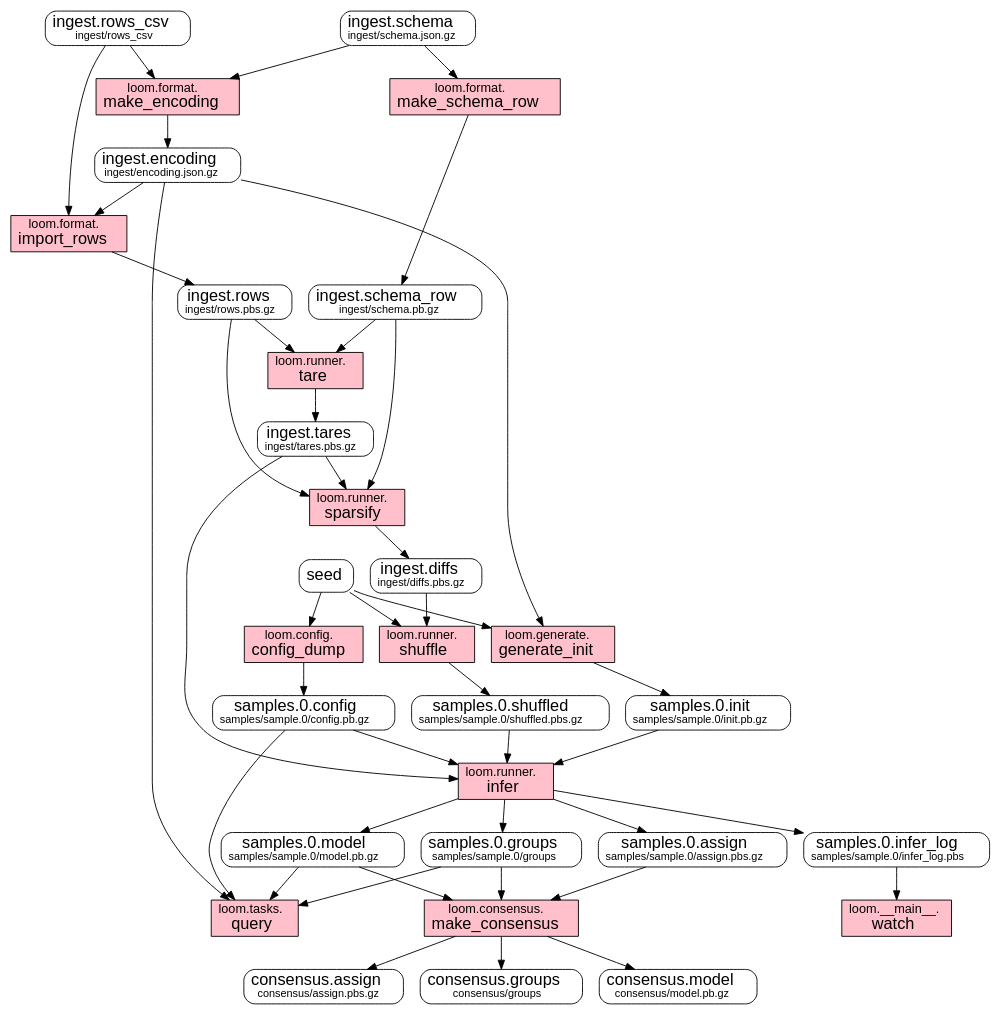
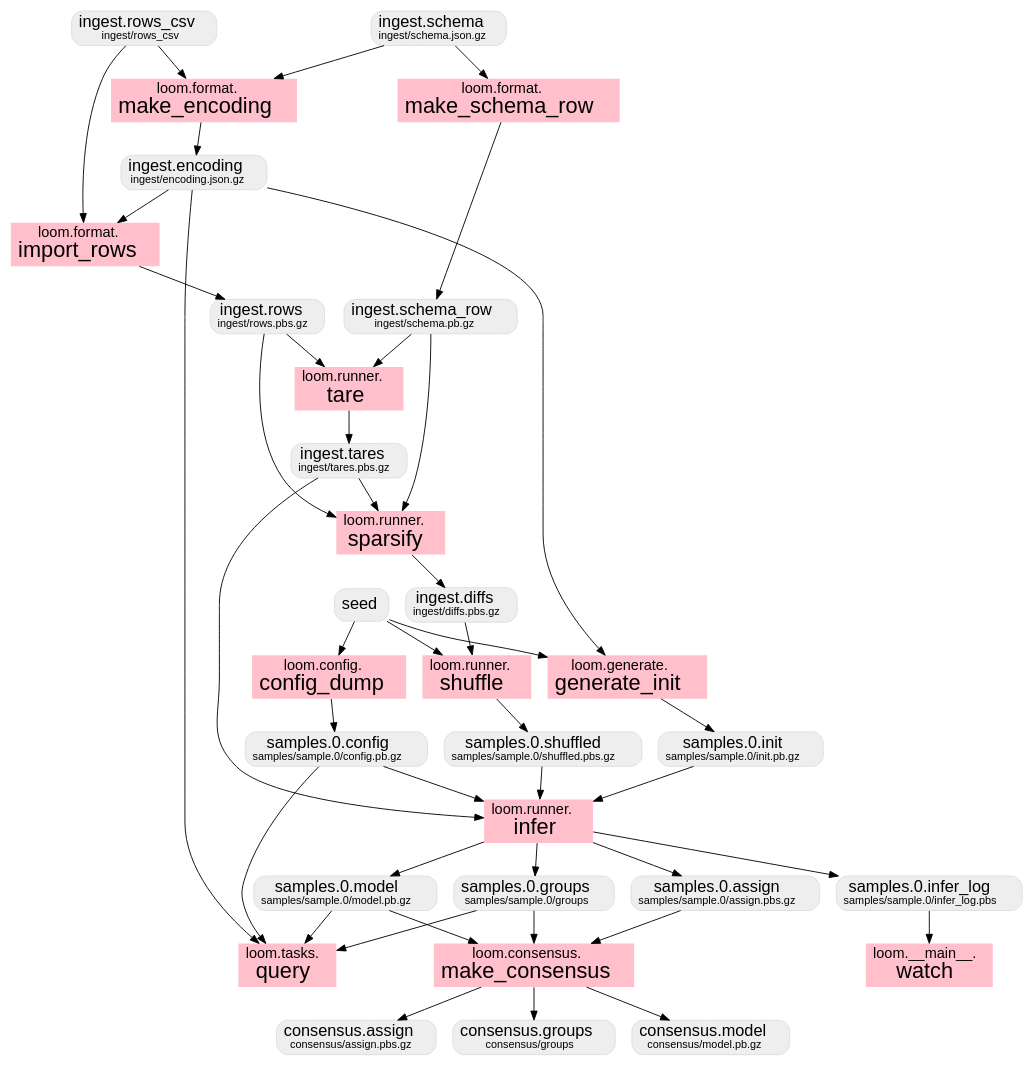
The diagram in doc/dataflow.dot (priorknowledge/loom), drawn with Graphviz before and after one commit. The commit also changed 4 other files, not shown here.

```diff
--- a/doc/dataflow.dot
+++ b/doc/dataflow.dot
@@ -1,92 +1,96 @@
 // this file was generated by loom/documented.py
 digraph G {
   overlap=false;
   graph [fontname = "helvetica"];
   node [fontname = "helvetica"];
   edge [fontname = "helvetica"];
 
   // data
   {
-    node [shape=Mrecord];
-    //node [shape=plaintext];
+    node [
+      shape=Mrecord,
+      style="filled",
+      color="#dddddd",
+      fillcolor="#eeeeee"
+    ];
     consensus_assign [label=<<FONT POINT-SIZE="18">consensus.assign</FONT><BR/><FONT POINT-SIZE="12">consensus/assign.pbs.gz</FONT>>];
     consensus_groups [label=<<FONT POINT-SIZE="18">consensus.groups</FONT><BR/><FONT POINT-SIZE="12">consensus/groups</FONT>>];
     consensus_model [label=<<FONT POINT-SIZE="18">consensus.model</FONT><BR/><FONT POINT-SIZE="12">consensus/model.pb.gz</FONT>>];
     ingest_diffs [label=<<FONT POINT-SIZE="18">ingest.diffs</FONT><BR/><FONT POINT-SIZE="12">ingest/diffs.pbs.gz</FONT>>];
     ingest_encoding [label=<<FONT POINT-SIZE="18">ingest.encoding</FONT><BR/><FONT POINT-SIZE="12">ingest/encoding.json.gz</FONT>>];
     ingest_rows [label=<<FONT POINT-SIZE="18">ingest.rows</FONT><BR/><FONT POINT-SIZE="12">ingest/rows.pbs.gz</FONT>>];
     ingest_rows_csv [label=<<FONT POINT-SIZE="18">ingest.rows_csv</FONT><BR/><FONT POINT-SIZE="12">ingest/rows_csv</FONT>>];
     ingest_schema [label=<<FONT POINT-SIZE="18">ingest.schema</FONT><BR/><FONT POINT-SIZE="12">ingest/schema.json.gz</FONT>>];
     ingest_schema_row [label=<<FONT POINT-SIZE="18">ingest.schema_row</FONT><BR/><FONT POINT-SIZE="12">ingest/schema.pb.gz</FONT>>];
     ingest_tares [label=<<FONT POINT-SIZE="18">ingest.tares</FONT><BR/><FONT POINT-SIZE="12">ingest/tares.pbs.gz</FONT>>];
     samples_0_assign [label=<<FONT POINT-SIZE="18">samples.0.assign</FONT><BR/><FONT POINT-SIZE="12">samples/sample.0/assign.pbs.gz</FONT>>];
     samples_0_config [label=<<FONT POINT-SIZE="18">samples.0.config</FONT><BR/><FONT POINT-SIZE="12">samples/sample.0/config.pb.gz</FONT>>];
     samples_0_groups [label=<<FONT POINT-SIZE="18">samples.0.groups</FONT><BR/><FONT POINT-SIZE="12">samples/sample.0/groups</FONT>>];
     samples_0_infer_log [label=<<FONT POINT-SIZE="18">samples.0.infer_log</FONT><BR/><FONT POINT-SIZE="12">samples/sample.0/infer_log.pbs</FONT>>];
     samples_0_init [label=<<FONT POINT-SIZE="18">samples.0.init</FONT><BR/><FONT POINT-SIZE="12">samples/sample.0/init.pb.gz</FONT>>];
     samples_0_model [label=<<FONT POINT-SIZE="18">samples.0.model</FONT><BR/><FONT POINT-SIZE="12">samples/sample.0/model.pb.gz</FONT>>];
     samples_0_shuffled [label=<<FONT POINT-SIZE="18">samples.0.shuffled</FONT><BR/><FONT POINT-SIZE="12">samples/sample.0/shuffled.pbs.gz</FONT>>];
     seed [label=<<FONT POINT-SIZE="18">seed</FONT>>];
   }
 
   // transforms
   {
-    node [shape=box, style=filled];
+    node [shape=box, style="filled,setlinewidth(0)"];
 
-    watch [label=<loom.__main__.<BR/><FONT POINT-SIZE="18">watch</FONT>>, fillcolor=pink];
-    config_dump [label=<loom.config.<BR/><FONT POINT-SIZE="18">config_dump</FONT>>, fillcolor=pink];
-    make_consensus [label=<loom.consensus.<BR/><FONT POINT-SIZE="18">make_consensus</FONT>>, fillcolor=pink];
-    import_rows [label=<loom.format.<BR/><FONT POINT-SIZE="18">import_rows</FONT>>, fillcolor=pink];
-    make_encoding [label=<loom.format.<BR/><FONT POINT-SIZE="18">make_encoding</FONT>>, fillcolor=pink];
-    make_schema_row [label=<loom.format.<BR/><FONT POINT-SIZE="18">make_schema_row</FONT>>, fillcolor=pink];
-    generate_init [label=<loom.generate.<BR/><FONT POINT-SIZE="18">generate_init</FONT>>, fillcolor=pink];
-    infer [label=<loom.runner.<BR/><FONT POINT-SIZE="18">infer</FONT>>, fillcolor=pink];
-    shuffle [label=<loom.runner.<BR/><FONT POINT-SIZE="18">shuffle</FONT>>, fillcolor=pink];
-    sparsify [label=<loom.runner.<BR/><FONT POINT-SIZE="18">sparsify</FONT>>, fillcolor=pink];
-    tare [label=<loom.runner.<BR/><FONT POINT-SIZE="18">tare</FONT>>, fillcolor=pink];
-    query [label=<loom.tasks.<BR/><FONT POINT-SIZE="18">query</FONT>>, fillcolor=pink];
+    watch [label=<<FONT POINT-SIZE="16">loom.__main__.</FONT><BR/><FONT POINT-SIZE="24">watch</FONT>>, fillcolor=pink];
+    config_dump [label=<<FONT POINT-SIZE="16">loom.config.</FONT><BR/><FONT POINT-SIZE="24">config_dump</FONT>>, fillcolor=pink];
+    make_consensus [label=<<FONT POINT-SIZE="16">loom.consensus.</FONT><BR/><FONT POINT-SIZE="24">make_consensus</FONT>>, fillcolor=pink];
+    import_rows [label=<<FONT POINT-SIZE="16">loom.format.</FONT><BR/><FONT POINT-SIZE="24">import_rows</FONT>>, fillcolor=pink];
+    make_encoding [label=<<FONT POINT-SIZE="16">loom.format.</FONT><BR/><FONT POINT-SIZE="24">make_encoding</FONT>>, fillcolor=pink];
+    make_schema_row [label=<<FONT POINT-SIZE="16">loom.format.</FONT><BR/><FONT POINT-SIZE="24">make_schema_row</FONT>>, fillcolor=pink];
+    generate_init [label=<<FONT POINT-SIZE="16">loom.generate.</FONT><BR/><FONT POINT-SIZE="24">generate_init</FONT>>, fillcolor=pink];
+    infer [label=<<FONT POINT-SIZE="16">loom.runner.</FONT><BR/><FONT POINT-SIZE="24">infer</FONT>>, fillcolor=pink];
+    shuffle [label=<<FONT POINT-SIZE="16">loom.runner.</FONT><BR/><FONT POINT-SIZE="24">shuffle</FONT>>, fillcolor=pink];
+    sparsify [label=<<FONT POINT-SIZE="16">loom.runner.</FONT><BR/><FONT POINT-SIZE="24">sparsify</FONT>>, fillcolor=pink];
+    tare [label=<<FONT POINT-SIZE="16">loom.runner.</FONT><BR/><FONT POINT-SIZE="24">tare</FONT>>, fillcolor=pink];
+    query [label=<<FONT POINT-SIZE="16">loom.tasks.</FONT><BR/><FONT POINT-SIZE="24">query</FONT>>, fillcolor=pink];
 
     samples_0_infer_log -> watch [weight=1.0];
     seed -> config_dump [weight=1.0];
     config_dump -> samples_0_config [weight=1.0];
     samples_0_model -> make_consensus [weight=1.0];
     samples_0_groups -> make_consensus [weight=1.0];
     samples_0_assign -> make_consensus [weight=1.0];
     make_consensus -> consensus_model [weight=1.0];
     make_consensus -> consensus_groups [weight=1.0];
     make_consensus -> consensus_assign [weight=1.0];
     ingest_encoding -> import_rows [weight=1.0];
     ingest_rows_csv -> import_rows [weight=1.0];
     import_rows -> ingest_rows [weight=1.0];
     ingest_schema -> make_encoding [weight=1.0];
     ingest_rows_csv -> make_encoding [weight=1.0];
     make_encoding -> ingest_encoding [weight=1.0];
     ingest_schema -> make_schema_row [weight=1.0];
     make_schema_row -> ingest_schema_row [weight=1.0];
     ingest_encoding -> generate_init [weight=1.0];
     seed -> generate_init [weight=1.0];
     generate_init -> samples_0_init [weight=1.0];
     samples_0_config -> infer [weight=1.0];
     samples_0_shuffled -> infer [weight=1.0];
     ingest_tares -> infer [weight=1.0];
     samples_0_init -> infer [weight=1.0];
     infer -> samples_0_model [weight=1.0];
     infer -> samples_0_groups [weight=1.0];
     infer -> samples_0_assign [weight=1.0];
     infer -> samples_0_infer_log [weight=1.0];
     ingest_diffs -> shuffle [weight=1.0];
     seed -> shuffle [weight=1.0];
     shuffle -> samples_0_shuffled [weight=1.0];
     ingest_schema_row -> sparsify [weight=1.0];
     ingest_tares -> sparsify [weight=1.0];
     ingest_rows -> sparsify [weight=1.0];
     sparsify -> ingest_diffs [weight=1.0];
     ingest_schema_row -> tare [weight=1.0];
     ingest_rows -> tare [weight=1.0];
     tare -> ingest_tares [weight=1.0];
     ingest_encoding -> query [weight=1.0];
     samples_0_config -> query [weight=1.0];
     samples_0_model -> query [weight=1.0];
     samples_0_groups -> query [weight=1.0];
   }
 }
```
